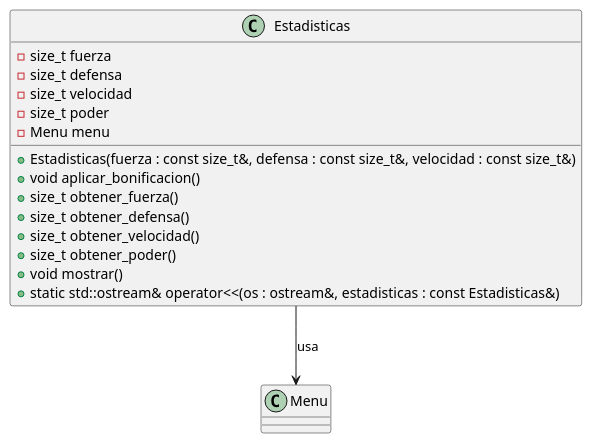
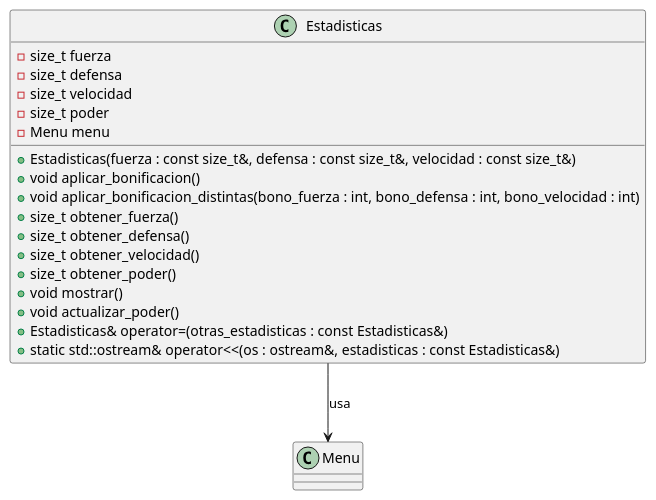
Before and after one commit to guillsil/Transformers-Game: the diagram in Diagramas-UML/Estadisticas.puml, drawn with PlantUML.

Commit message:
Agregando operador=, actualizar_poder, aplicar_bonificacion_distintas

```diff
--- a/Diagramas-UML/Estadisticas.puml
+++ b/Diagramas-UML/Estadisticas.puml
@@ -1,25 +1,28 @@
 @startuml
 'https://plantuml.com/class-diagram
 class Menu
 
 class Estadisticas {
     - size_t fuerza
     - size_t defensa
     - size_t velocidad
     - size_t poder
     - Menu menu
 
     + Estadisticas(fuerza : const size_t&, defensa : const size_t&, velocidad : const size_t&)
     + void aplicar_bonificacion()
+    + void aplicar_bonificacion_distintas(bono_fuerza : int, bono_defensa : int, bono_velocidad : int)
     + size_t obtener_fuerza()
     + size_t obtener_defensa()
     + size_t obtener_velocidad()
     + size_t obtener_poder()
     + void mostrar()
+    + void actualizar_poder()
+    + Estadisticas& operator=(otras_estadisticas : const Estadisticas&)
     + static std::ostream& operator<<(os : ostream&, estadisticas : const Estadisticas&)
 }
 
 ' Relaciones
 Estadisticas --> Menu : "usa"
 
 @enduml
```
